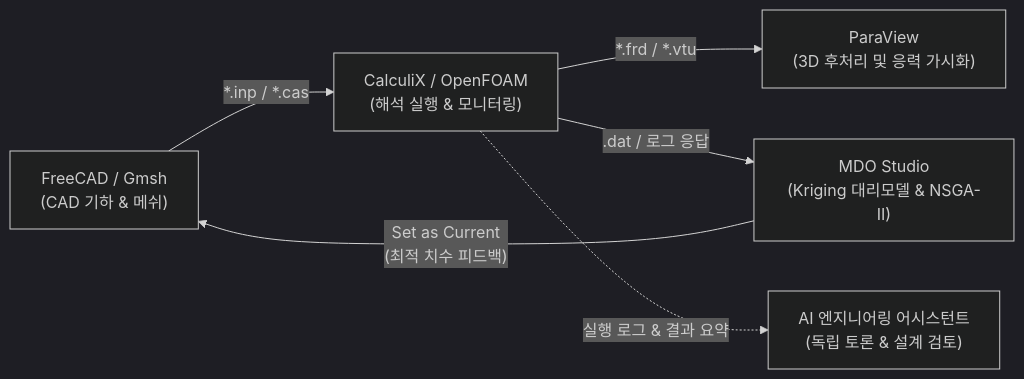
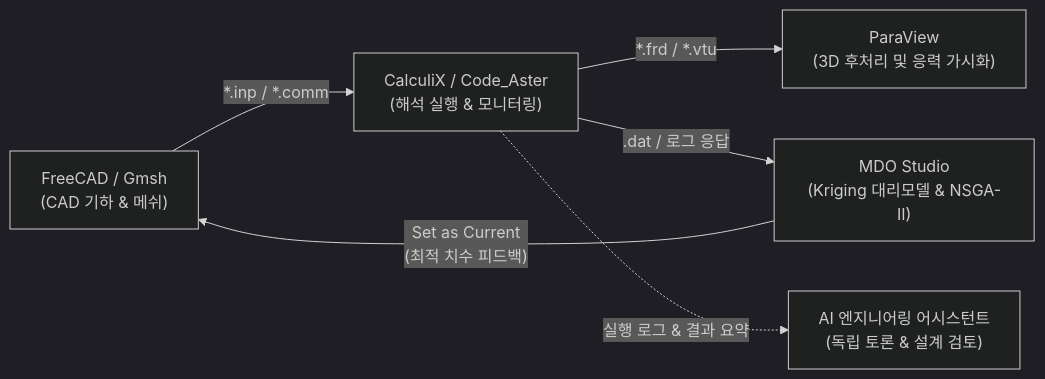
The diagram in README.md (pikachu444/caelab-workbench), drawn with Mermaid (dark theme) before and after one commit. The commit also changed other lines of this file, not shown here.

Commit message:
docs: align official solvers in README with DESIGN.md (CalculiX & Code_Aster) (#32)

````diff
--- a/README.md
+++ b/README.md
@@ -11,8 +11,8 @@
 ```mermaid
 flowchart LR
-    A["FreeCAD / Gmsh<br/>(CAD 기하 & 메쉬)"] -->|"*.inp / *.cas"| B["CalculiX / OpenFOAM<br/>(해석 실행 & 모니터링)"]
+    A["FreeCAD / Gmsh<br/>(CAD 기하 & 메쉬)"] -->|"*.inp / *.comm"| B["CalculiX / Code_Aster<br/>(해석 실행 & 모니터링)"]
     B -->|"*.frd / *.vtu"| C["ParaView<br/>(3D 후처리 및 응력 가시화)"]
     B -->|".dat / 로그 응답"| D["MDO Studio<br/>(Kriging 대리모델 & NSGA-II)"]
     D -->|"Set as Current<br/>(최적 치수 피드백)"| A
     B -.->|"실행 로그 & 결과 요약"| E["AI 엔지니어링 어시스턴트<br/>(독립 토론 & 설계 검토)"]
 ```
````
